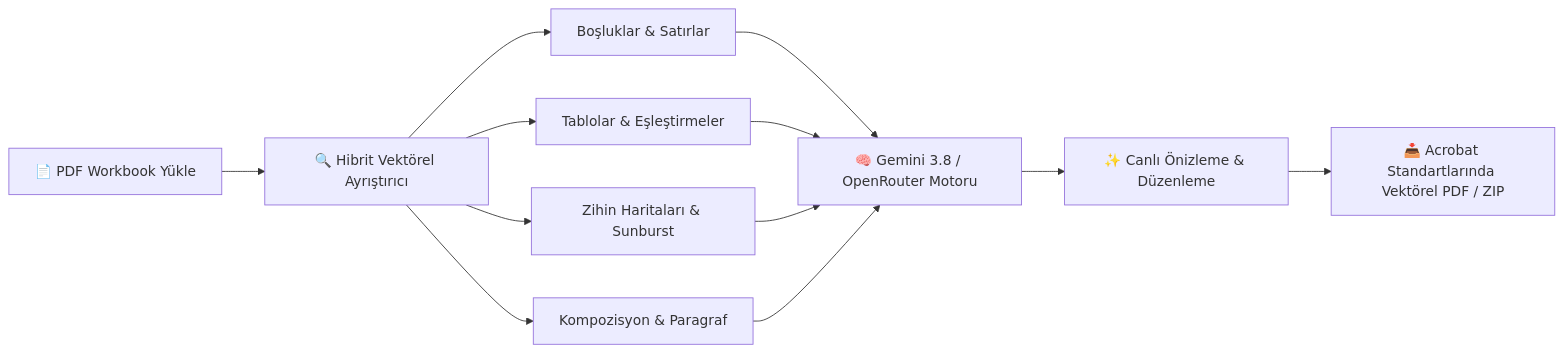
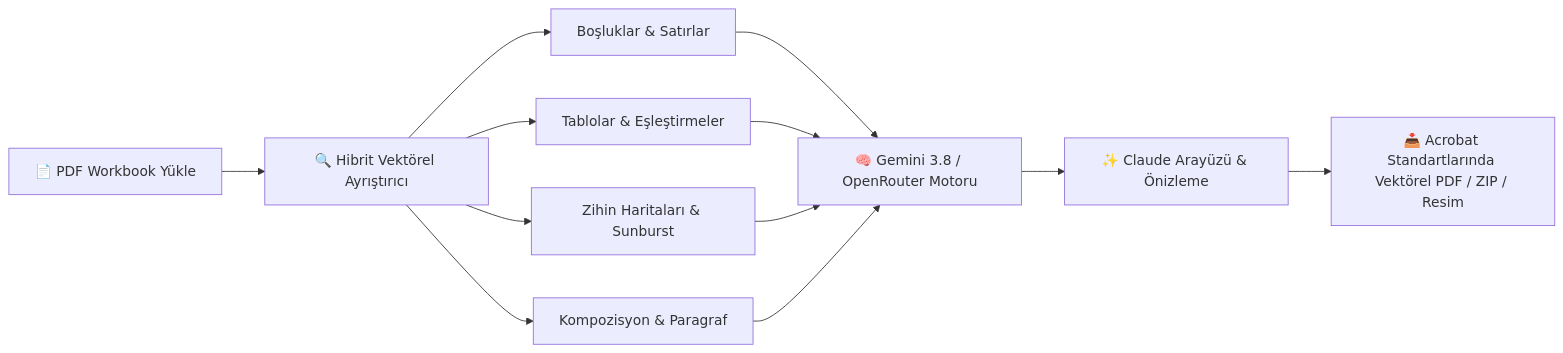
One commit to Rel0adediso/Prepmate-PDF changed the diagram in README.md. Above: the diagram before and after it, drawn with Mermaid. The commit also changed other lines of this file and 5 other files, not shown here.

````diff
--- a/README.md
+++ b/README.md
@@ -51,11 +55,11 @@
 ```mermaid
 flowchart LR
     A["📄 PDF Workbook Yükle"] --> B["🔍 Hibrit Vektörel Ayrıştırıcı"]
     B --> C1["Boşluklar & Satırlar"]
     B --> C2["Tablolar & Eşleştirmeler"]
     B --> C3["Zihin Haritaları & Sunburst"]
     B --> C4["Kompozisyon & Paragraf"]
     C1 & C2 & C3 & C4 --> D["🧠 Gemini 3.8 / OpenRouter Motoru"]
-    D --> E["✨ Canlı Önizleme & Düzenleme"]
-    E --> F["📥 Acrobat Standartlarında Vektörel PDF / ZIP"]
+    D --> E["✨ Claude Arayüzü & Önizleme"]
+    E --> F["📥 Acrobat Standartlarında Vektörel PDF / ZIP / Resim"]
 ```
````
